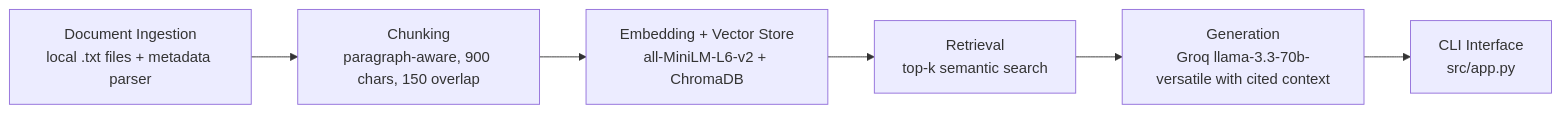
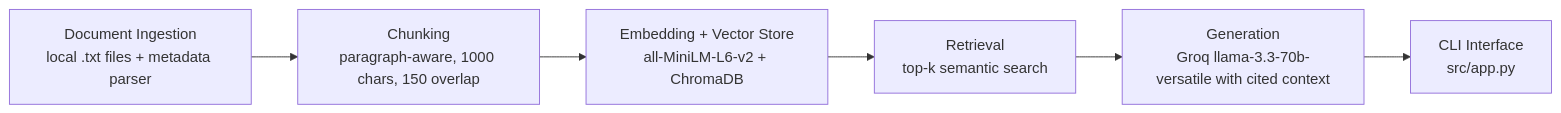
The diagram in planning.md (speculaas/ai201-project1-unofficial-guide-starter), drawn with Mermaid before and after one commit. The commit also changed 1 other file, not shown here.

Commit message:
Fix planning chunk size and note Cursor verification in README.
Align the architecture diagram with the 1000-character chunking strategy and document post-Codex verification in the AI usage section.

````diff
--- a/planning.md
+++ b/planning.md
@@ -61,8 +61,8 @@
 ```mermaid
 flowchart LR
-    A["Document Ingestion<br/>local .txt files + metadata parser"] --> B["Chunking<br/>paragraph-aware, 900 chars, 150 overlap"]
+    A["Document Ingestion<br/>local .txt files + metadata parser"] --> B["Chunking<br/>paragraph-aware, 1000 chars, 150 overlap"]
     B --> C["Embedding + Vector Store<br/>all-MiniLM-L6-v2 + ChromaDB"]
     C --> D["Retrieval<br/>top-k semantic search"]
     D --> E["Generation<br/>Groq llama-3.3-70b-versatile with cited context"]
     E --> F["CLI Interface<br/>src/app.py"]
 ```
````
